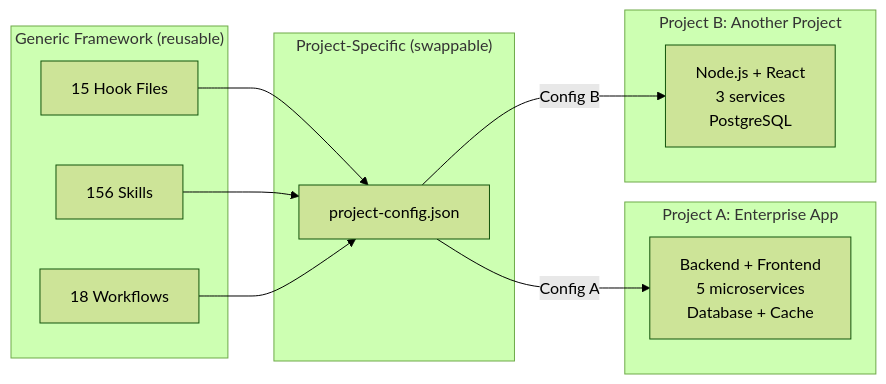
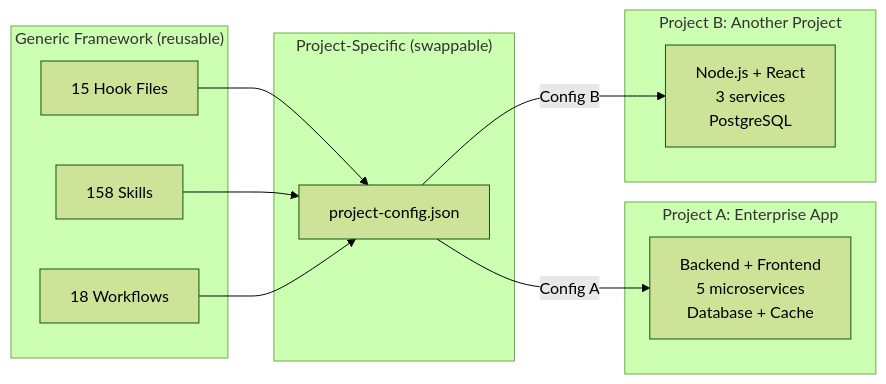
Before and after one commit to duc01226/easy-claude: the eighth of 20 diagrams in .claude/docs/claude-ai-agent-framework-guide.md, drawn with Mermaid (forest theme). The commit also changed other lines of this file and 92 other files, not shown here.

````diff
--- a/.claude/docs/claude-ai-agent-framework-guide.md
+++ b/.claude/docs/claude-ai-agent-framework-guide.md
@@ -877,24 +877,24 @@
 ```mermaid
 graph LR
     subgraph "Generic Framework (reusable)"
         H[15 Hook Files]
-        S[156 Skills]
+        S[158 Skills]
         W[18 Workflows]
     end
 
     subgraph "Project-Specific (swappable)"
         PC[project-config.json]
     end
 
     subgraph "Project A: Enterprise App"
         PA[Backend + Frontend<br/>5 microservices<br/>Database + Cache]
     end
 
     subgraph "Project B: Another Project"
         PB[Node.js + React<br/>3 services<br/>PostgreSQL]
     end
 
     H & S & W --> PC
     PC -->|Config A| PA
     PC -->|Config B| PB
 ```
````
